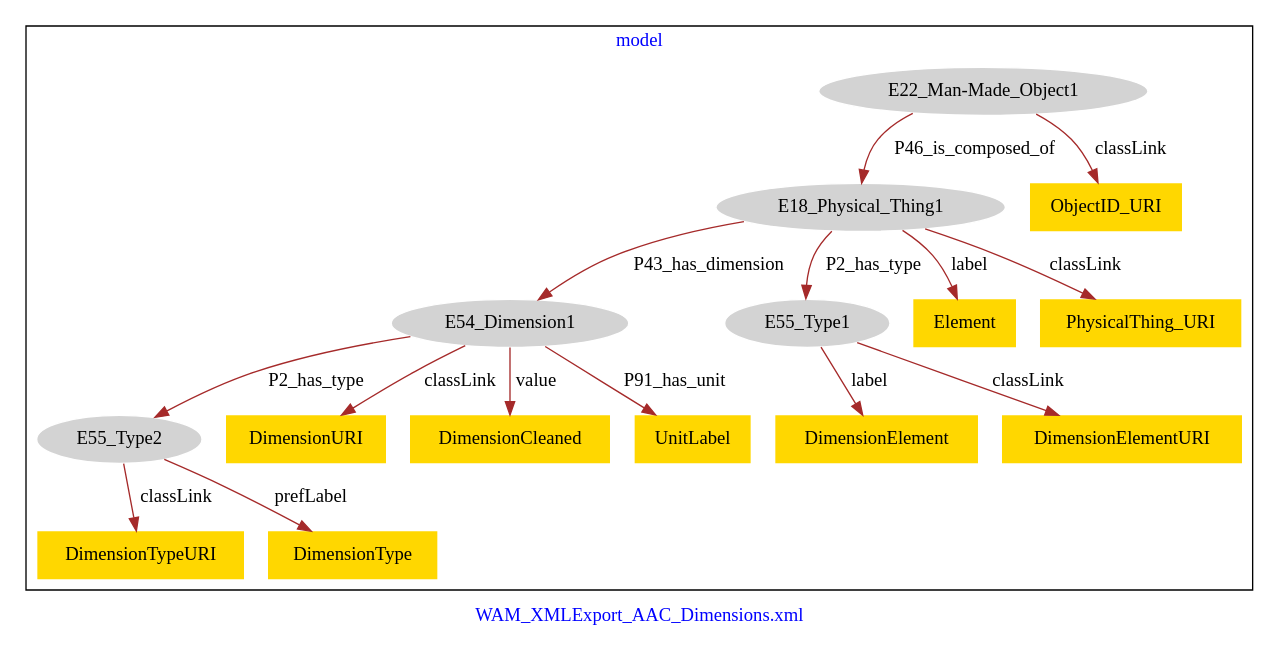
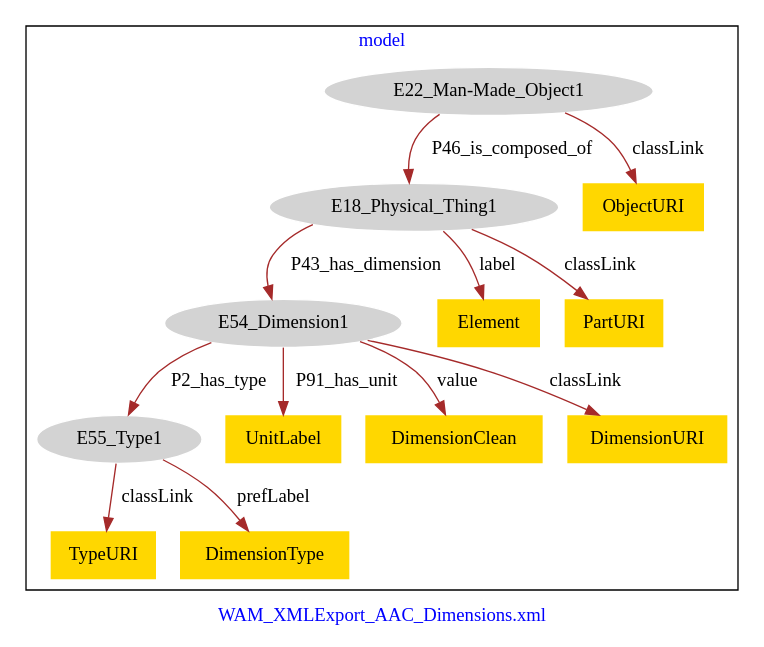
The diagram in WAM_AAC_Dimensions/WAM_AAC_Dimensions-model.dot (american-art/wam), drawn with Graphviz before and after one commit.

Commit message:
Update file WAM_AAC_Dimensions-model.dot

```diff
--- a/WAM_AAC_Dimensions/WAM_AAC_Dimensions-model.dot
+++ b/WAM_AAC_Dimensions/WAM_AAC_Dimensions-model.dot
@@ -1,37 +1,31 @@
 digraph n0 {
 fontcolor="blue"
 remincross="true"
 label="WAM_XMLExport_AAC_Dimensions.xml"
 subgraph cluster {
 label="model"
 n2[style="filled",color="white",fillcolor="lightgray",label="E18_Physical_Thing1"];
 n3[style="filled",color="white",fillcolor="lightgray",label="E54_Dimension1"];
-n4[style="filled",color="white",fillcolor="lightgray",label="E55_Type1"];
-n5[style="filled",color="white",fillcolor="lightgray",label="E22_Man-Made_Object1"];
-n6[style="filled",color="white",fillcolor="lightgray",label="E55_Type2"];
-n7[shape="plaintext",style="filled",fillcolor="gold",label="DimensionURI"];
-n8[shape="plaintext",style="filled",fillcolor="gold",label="DimensionTypeURI"];
-n9[shape="plaintext",style="filled",fillcolor="gold",label="Element"];
-n10[shape="plaintext",style="filled",fillcolor="gold",label="DimensionElement"];
-n11[shape="plaintext",style="filled",fillcolor="gold",label="ObjectID_URI"];
-n12[shape="plaintext",style="filled",fillcolor="gold",label="DimensionType"];
-n13[shape="plaintext",style="filled",fillcolor="gold",label="DimensionCleaned"];
-n14[shape="plaintext",style="filled",fillcolor="gold",label="UnitLabel"];
-n15[shape="plaintext",style="filled",fillcolor="gold",label="PhysicalThing_URI"];
-n16[shape="plaintext",style="filled",fillcolor="gold",label="DimensionElementURI"];
+n4[style="filled",color="white",fillcolor="lightgray",label="E22_Man-Made_Object1"];
+n5[style="filled",color="white",fillcolor="lightgray",label="E55_Type1"];
+n6[shape="plaintext",style="filled",fillcolor="gold",label="ObjectURI"];
+n7[shape="plaintext",style="filled",fillcolor="gold",label="TypeURI"];
+n8[shape="plaintext",style="filled",fillcolor="gold",label="Element"];
+n9[shape="plaintext",style="filled",fillcolor="gold",label="PartURI"];
+n10[shape="plaintext",style="filled",fillcolor="gold",label="UnitLabel"];
+n11[shape="plaintext",style="filled",fillcolor="gold",label="DimensionType"];
+n12[shape="plaintext",style="filled",fillcolor="gold",label="DimensionClean"];
+n13[shape="plaintext",style="filled",fillcolor="gold",label="DimensionURI"];
 }
 n2 -> n3[color="brown",fontcolor="black",label="P43_has_dimension"]
-n2 -> n4[color="brown",fontcolor="black",label="P2_has_type"]
-n5 -> n2[color="brown",fontcolor="black",label="P46_is_composed_of"]
-n3 -> n6[color="brown",fontcolor="black",label="P2_has_type"]
-n3 -> n7[color="brown",fontcolor="black",label="classLink"]
-n6 -> n8[color="brown",fontcolor="black",label="classLink"]
-n2 -> n9[color="brown",fontcolor="black",label="label"]
-n4 -> n10[color="brown",fontcolor="black",label="label"]
-n5 -> n11[color="brown",fontcolor="black",label="classLink"]
-n6 -> n12[color="brown",fontcolor="black",label="prefLabel"]
-n3 -> n13[color="brown",fontcolor="black",label="value"]
-n3 -> n14[color="brown",fontcolor="black",label="P91_has_unit"]
-n2 -> n15[color="brown",fontcolor="black",label="classLink"]
-n4 -> n16[color="brown",fontcolor="black",label="classLink"]
+n4 -> n2[color="brown",fontcolor="black",label="P46_is_composed_of"]
+n3 -> n5[color="brown",fontcolor="black",label="P2_has_type"]
+n4 -> n6[color="brown",fontcolor="black",label="classLink"]
+n5 -> n7[color="brown",fontcolor="black",label="classLink"]
+n2 -> n8[color="brown",fontcolor="black",label="label"]
+n2 -> n9[color="brown",fontcolor="black",label="classLink"]
+n3 -> n10[color="brown",fontcolor="black",label="P91_has_unit"]
+n5 -> n11[color="brown",fontcolor="black",label="prefLabel"]
+n3 -> n12[color="brown",fontcolor="black",label="value"]
+n3 -> n13[color="brown",fontcolor="black",label="classLink"]
 }
```
